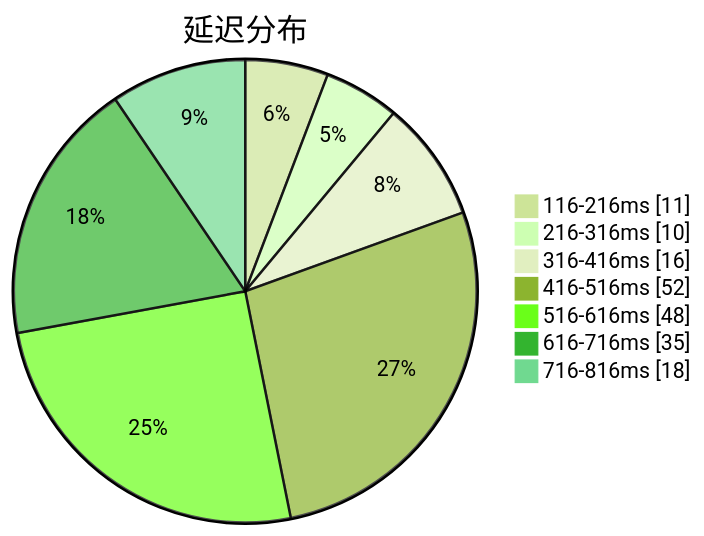
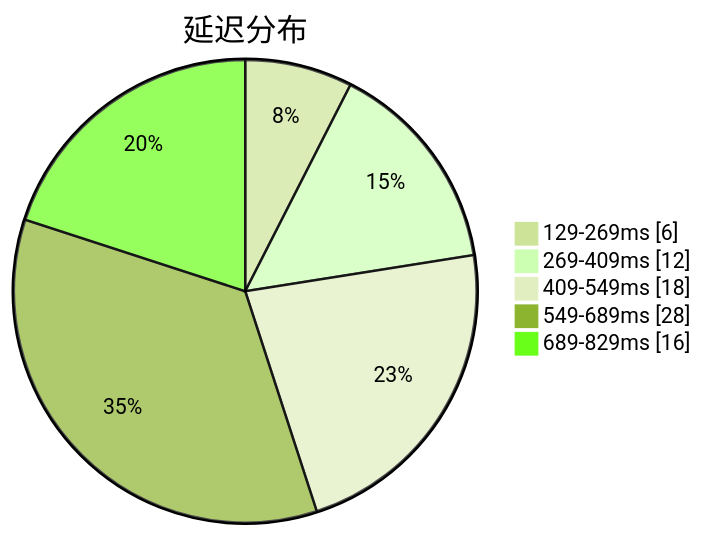
The first of 3 diagrams in subs/statistics/tested_within.md (sinspired/airport), drawn with Mermaid (forest theme) before and after one commit. The commit also changed other lines of this file and 2 other files, not shown here.

````diff
--- a/subs/statistics/tested_within.md
+++ b/subs/statistics/tested_within.md
@@ -2,11 +2,9 @@
 ```mermaid
 pie showData
 title 延迟分布
-"116-216ms" : 11
-"216-316ms" : 10
-"316-416ms" : 16
-"416-516ms" : 52
-"516-616ms" : 48
-"616-716ms" : 35
-"716-816ms" : 18
+"129-269ms" : 6
+"269-409ms" : 12
+"409-549ms" : 18
+"549-689ms" : 28
+"689-829ms" : 16
 ```
````
